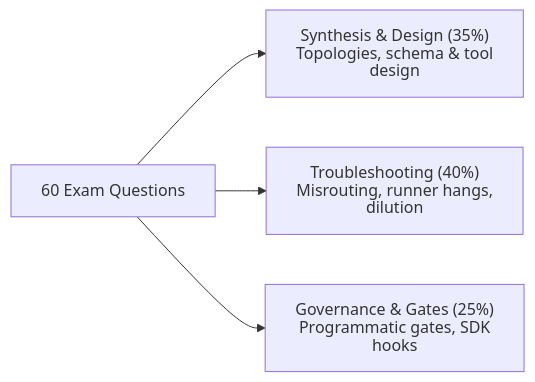
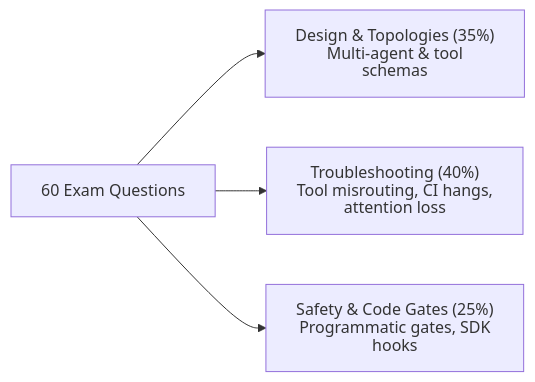
One commit to dip4k/claude_cert_architect_foundation_prep changed the third of 3 diagrams in EXAM_BLUEPRINT.md. Above: the diagram before and after it, drawn with Mermaid. The commit also changed other lines of this file and 50 other files, not shown here.

````diff
--- a/EXAM_BLUEPRINT.md
+++ b/EXAM_BLUEPRINT.md
@@ -173,10 +228,10 @@
 ```mermaid
 ---
 config:
   htmlLabels: false
 ---
 flowchart LR
-    Q["60 Exam Questions"] --> Syn["Synthesis & Design (35%)<br>Topologies, schema & tool design"]
-    Q --> Trb["Troubleshooting (40%)<br>Misrouting, runner hangs, dilution"]
-    Q --> Gov["Governance & Gates (25%)<br>Programmatic gates, SDK hooks"]
+    Q["60 Exam Questions"] --> Syn["Design & Topologies (35%)<br>Multi-agent & tool schemas"]
+    Q --> Trb["Troubleshooting (40%)<br>Tool misrouting, CI hangs, attention loss"]
+    Q --> Gov["Safety & Code Gates (25%)<br>Programmatic gates, SDK hooks"]
 ```
````
